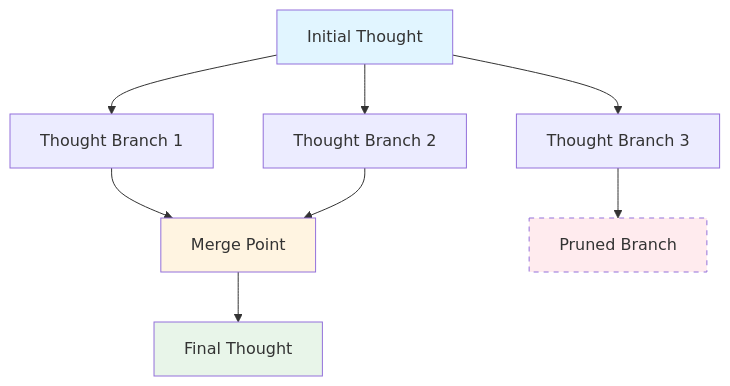
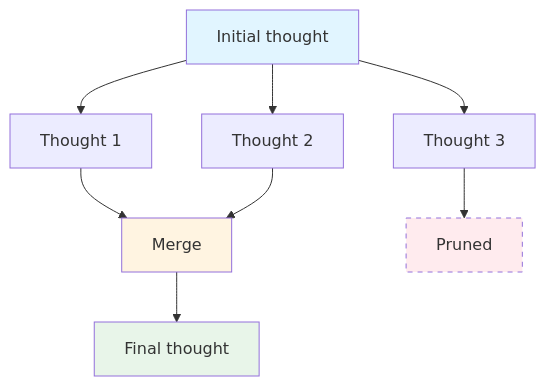
One commit to gopikrishtummala/gopikrishtummala.github.io changed the fifth of 5 diagrams in src/data/blog/agentic-ai/agentic-ai-design-patterns-part-1.md. Above: the diagram before and after it, drawn with Mermaid. The commit also changed other lines of this file and 8 other files, not shown here.

````diff
--- a/src/data/blog/agentic-ai/agentic-ai-design-patterns-part-1.md
+++ b/src/data/blog/agentic-ai/agentic-ai-design-patterns-part-1.md
@@ -992,15 +132,14 @@
 ```mermaid
-graph TD
-    Root[Initial Thought] --> Branch1[Thought Branch 1]
-    Root --> Branch2[Thought Branch 2]
-    Root --> Branch3[Thought Branch 3]
-    Branch1 --> Merge1[Merge Point]
-    Branch2 --> Merge1
-    Branch3 --> Prune1[Pruned Branch]
-    Merge1 --> Final[Final Thought]
-    
-    style Root fill:#e1f5ff
-    style Merge1 fill:#fff4e1
-    style Final fill:#e8f5e9
-    style Prune1 fill:#ffebee,stroke-dasharray: 5 5
+flowchart TD
+  Root["Initial thought"] --> T1["Thought 1"]
+  Root --> T2["Thought 2"]
+  Root --> T3["Thought 3"]
+  T1 --> M["Merge"]
+  T2 --> M
+  T3 --> P["Pruned"]
+  M --> Final["Final thought"]
+  style Root fill:#e1f5ff
+  style M fill:#fff4e1
+  style Final fill:#e8f5e9
+  style P fill:#ffebee,stroke-dasharray: 5 5
 ```
````
